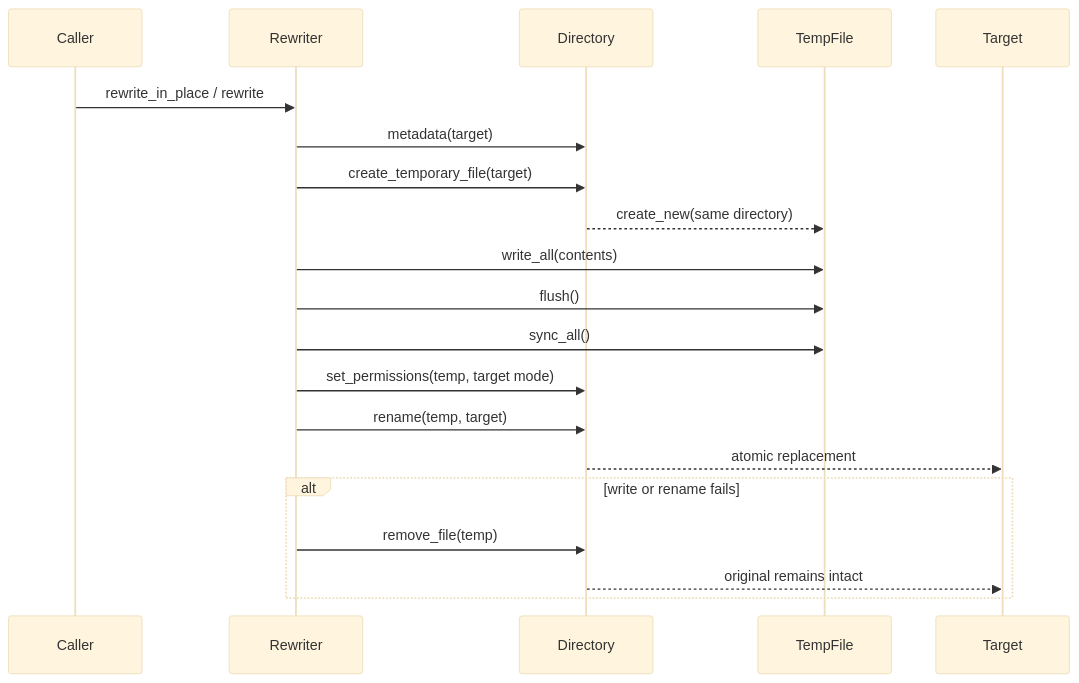
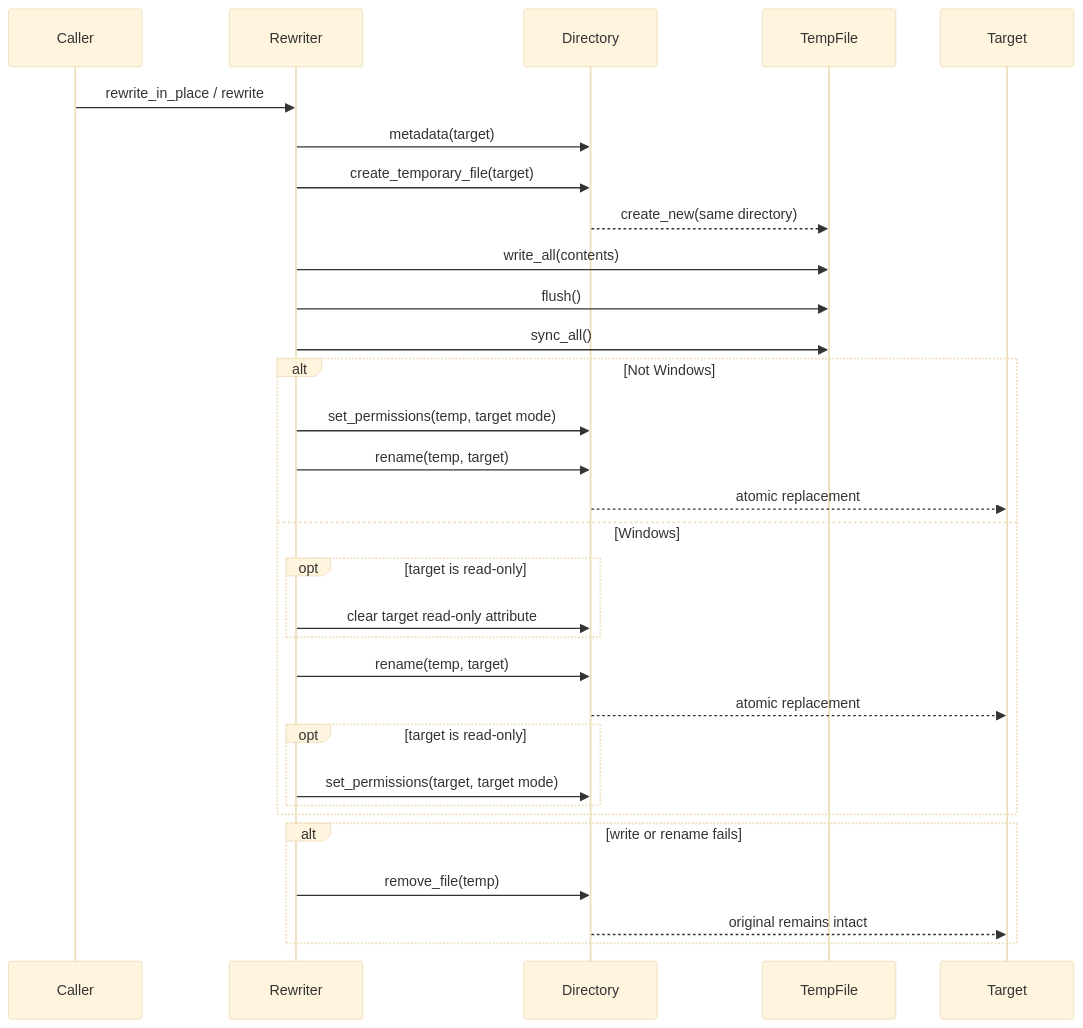
Before and after one commit to leynos/mdtablefix: the seventh of 7 diagrams in docs/architecture.md, drawn with Mermaid (base theme). The commit also changed other lines of this file and 6 other files, not shown here.

First line of the commit message:
Replace a read-only destination on Windows

````diff
--- a/docs/architecture.md
+++ b/docs/architecture.md
@@ -708,23 +711,34 @@
 ```mermaid
 sequenceDiagram
     participant Caller
     participant Rewriter
     participant Directory
     participant TempFile
     participant Target
 
     Caller->>Rewriter: rewrite_in_place / rewrite
     Rewriter->>Directory: metadata(target)
     Rewriter->>Directory: create_temporary_file(target)
     Directory-->>TempFile: create_new(same directory)
     Rewriter->>TempFile: write_all(contents)
     Rewriter->>TempFile: flush()
     Rewriter->>TempFile: sync_all()
-    Rewriter->>Directory: set_permissions(temp, target mode)
-    Rewriter->>Directory: rename(temp, target)
-    Directory-->>Target: atomic replacement
+    alt Not Windows
+        Rewriter->>Directory: set_permissions(temp, target mode)
+        Rewriter->>Directory: rename(temp, target)
+        Directory-->>Target: atomic replacement
+    else Windows
+        opt target is read-only
+            Rewriter->>Directory: clear target read-only attribute
+        end
+        Rewriter->>Directory: rename(temp, target)
+        Directory-->>Target: atomic replacement
+        opt target is read-only
+            Rewriter->>Directory: set_permissions(target, target mode)
+        end
+    end
     alt write or rename fails
         Rewriter->>Directory: remove_file(temp)
         Directory-->>Target: original remains intact
     end
 ```
````
